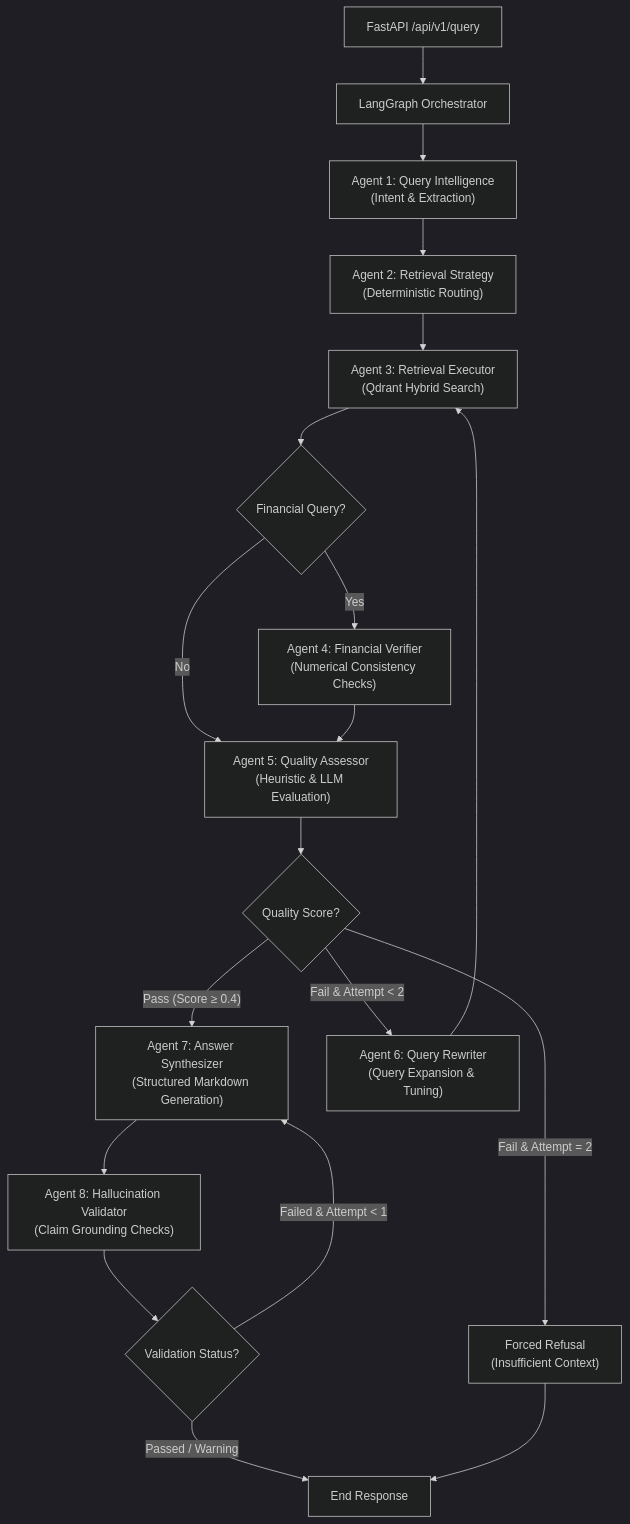
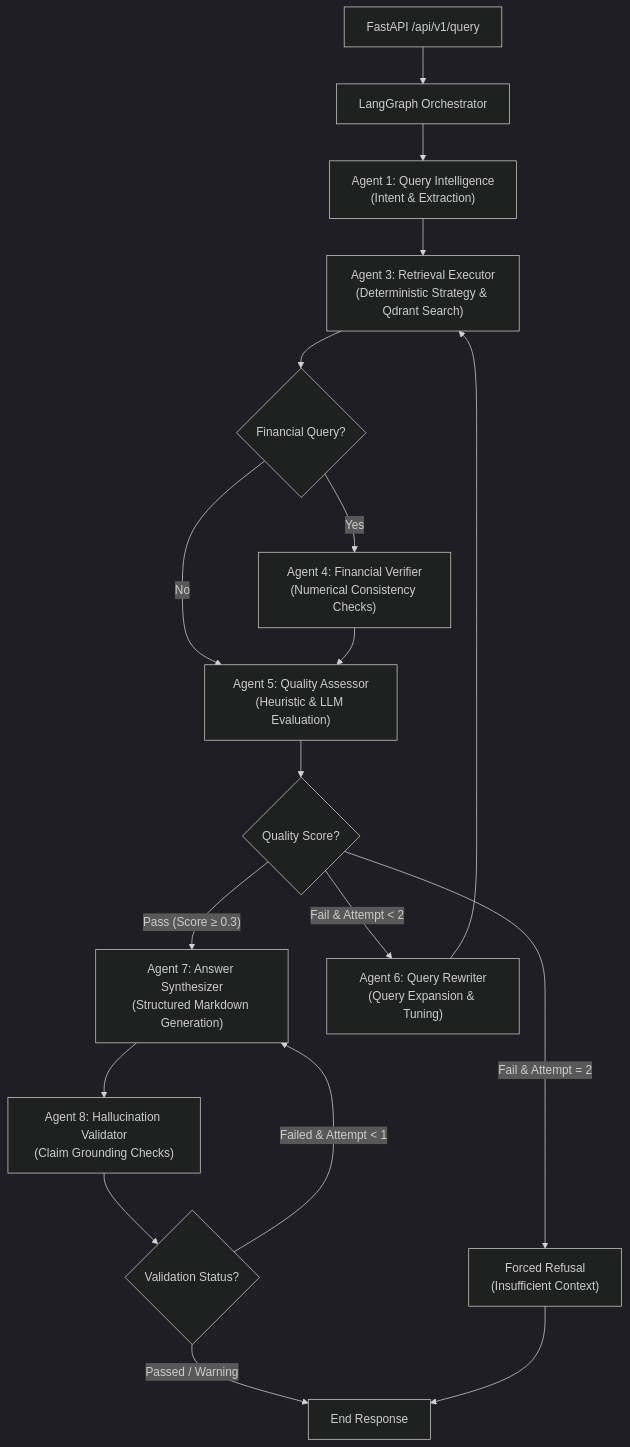
Before and after one commit to Makilesh/M-A: the diagram in README.md, drawn with Mermaid (dark theme). The commit also changed other lines of this file, not shown here.

````diff
--- a/README.md
+++ b/README.md
@@ -17,21 +17,20 @@
 ```mermaid
 graph TD
     A["FastAPI /api/v1/query"] --> B["LangGraph Orchestrator"]
     B --> C["Agent 1: Query Intelligence<br/>(Intent & Extraction)"]
-    C --> D["Agent 2: Retrieval Strategy<br/>(Deterministic Routing)"]
-    D --> E["Agent 3: Retrieval Executor<br/>(Qdrant Hybrid Search)"]
+    C --> E["Agent 3: Retrieval Executor<br/>(Deterministic Strategy & Qdrant Search)"]
     E --> F{"Financial Query?"}
     F -->|Yes| G["Agent 4: Financial Verifier<br/>(Numerical Consistency Checks)"]
     F -->|No| H["Agent 5: Quality Assessor<br/>(Heuristic & LLM Evaluation)"]
     G --> H
     H --> I{"Quality Score?"}
-    I -->|"Pass (Score ≥ 0.4)"| J["Agent 7: Answer Synthesizer<br/>(Structured Markdown Generation)"]
+    I -->|"Pass (Score ≥ 0.3)"| J["Agent 7: Answer Synthesizer<br/>(Structured Markdown Generation)"]
     I -->|"Fail & Attempt < 2"| K["Agent 6: Query Rewriter<br/>(Query Expansion & Tuning)"]
     I -->|"Fail & Attempt = 2"| L["Forced Refusal<br/>(Insufficient Context)"]
     K --> E
     J --> M["Agent 8: Hallucination Validator<br/>(Claim Grounding Checks)"]
     M --> N{"Validation Status?"}
     N -->|Passed / Warning| O["End Response"]
     N -->|Failed & Attempt < 1| J
     L --> O
 ```
````
